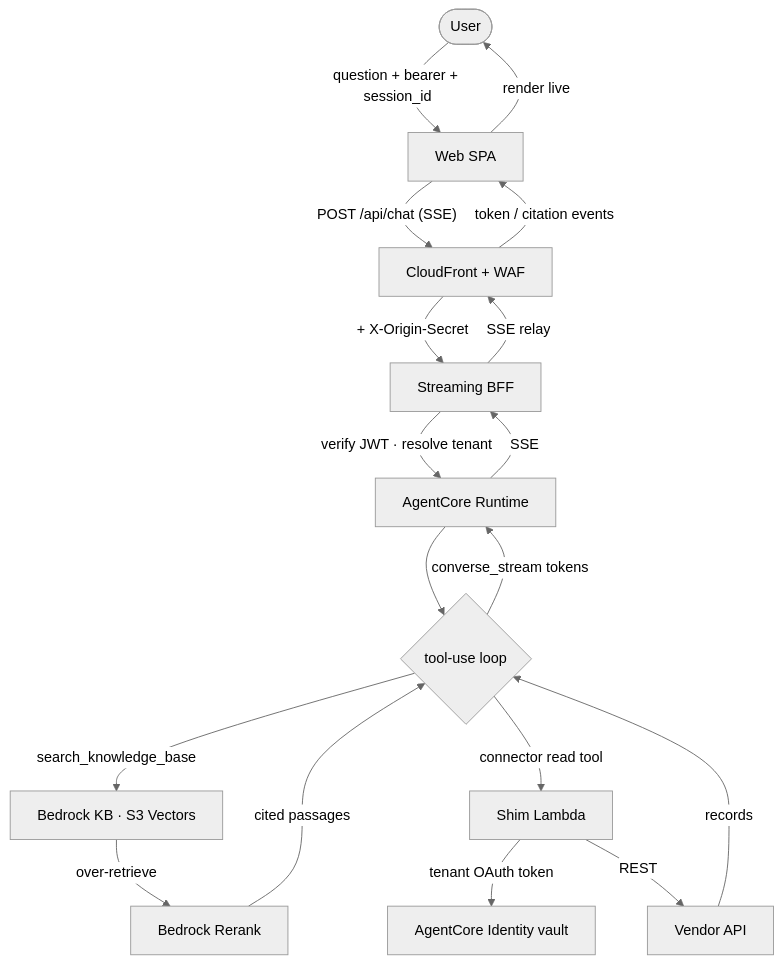
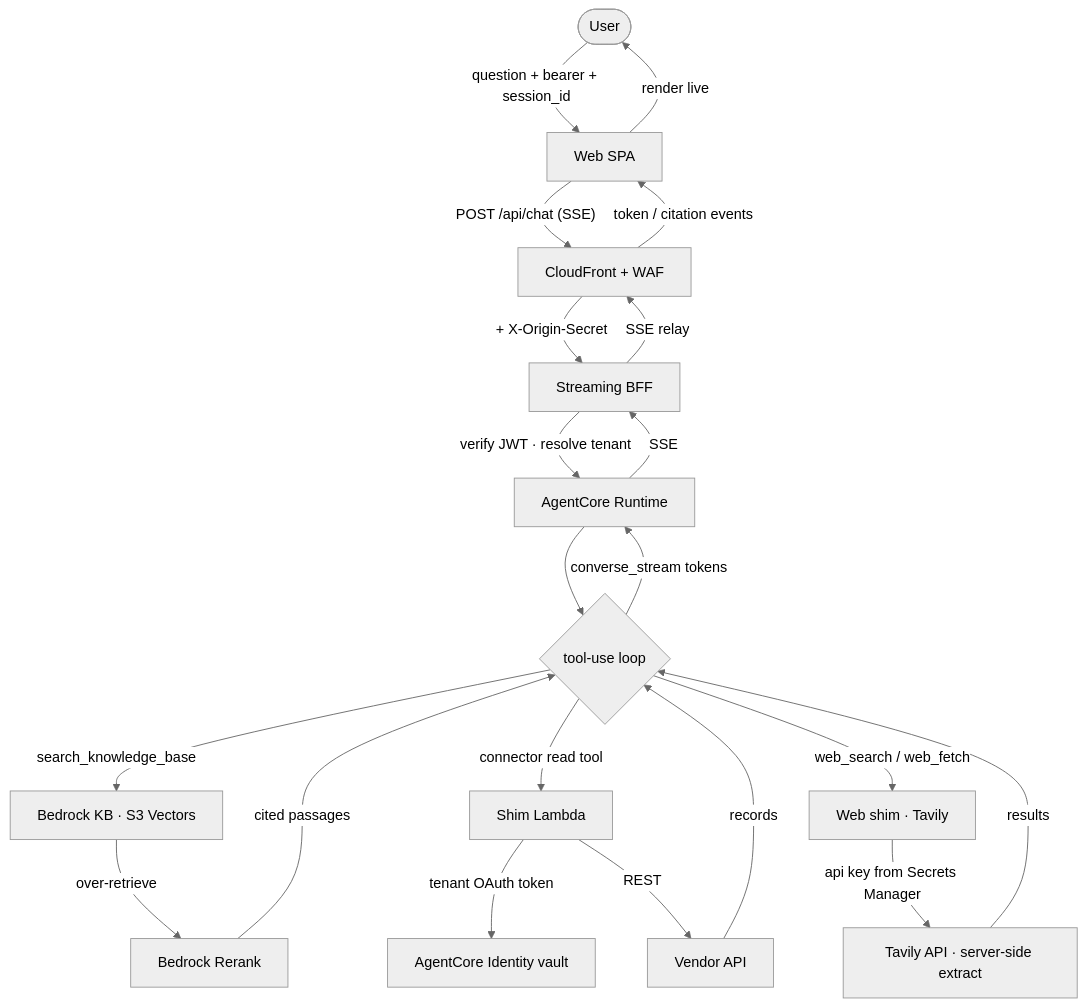
The fifth of 10 diagrams in docs/diagrams.md (ryfranklin/Homebase), drawn with Mermaid (neutral theme) before and after one commit. The commit also changed other lines of this file and 11 other files, not shown here.

First line of the commit message:
docs: reflect web-search connector, non-blocking re-auth, and security hardening (#68)

````diff
--- a/docs/diagrams.md
+++ b/docs/diagrams.md
@@ -284,20 +292,23 @@
 ```mermaid
 flowchart TB
   U([User]) -->|"question + bearer + session_id"| SPA[Web SPA]
   SPA -->|"POST /api/chat (SSE)"| CF[CloudFront + WAF]
   CF -->|"+ X-Origin-Secret"| BFF[Streaming BFF]
   BFF -->|"verify JWT · resolve tenant"| RT[AgentCore Runtime]
   RT --> LOOP{tool-use loop}
   LOOP -->|search_knowledge_base| KB[Bedrock KB · S3 Vectors]
   KB -->|over-retrieve| RR[Bedrock Rerank]
   RR -->|cited passages| LOOP
   LOOP -->|connector read tool| SH[Shim Lambda]
   SH -->|tenant OAuth token| ID[AgentCore Identity vault]
   SH -->|REST| V[Vendor API]
   V -->|records| LOOP
+  LOOP -->|web_search / web_fetch| WSH[Web shim · Tavily]
+  WSH -->|api key from Secrets Manager| WV[Tavily API · server-side extract]
+  WV -->|results| LOOP
   LOOP -->|converse_stream tokens| RT
   RT -->|SSE| BFF
   BFF -->|SSE relay| CF
   CF -->|token / citation events| SPA
   SPA -->|render live| U
 ```
````
